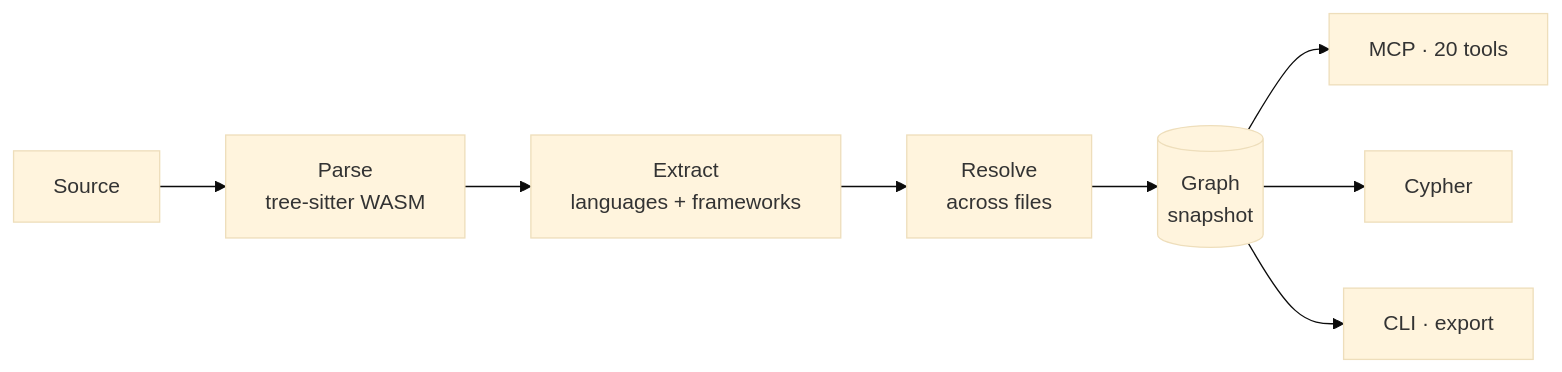
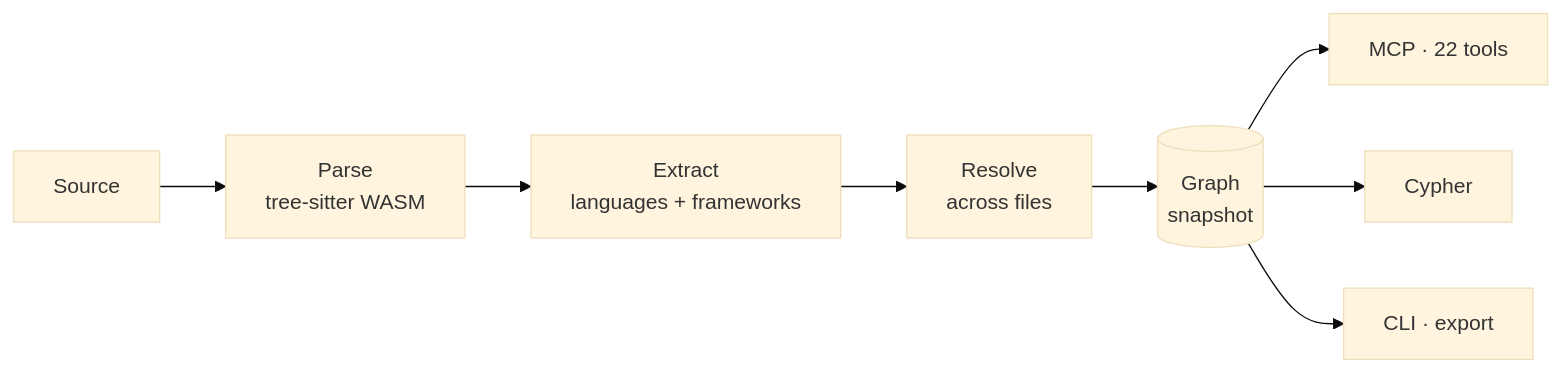
The diagram in README.md (fatihserhatturan/concentrate), drawn with Mermaid (base theme) before and after one commit. The commit also changed other lines of this file and 19 other files, not shown here.

````diff
--- a/README.md
+++ b/README.md
@@ -40,10 +40,10 @@
 ```mermaid
 flowchart LR
   A[Source] --> B[Parse<br/>tree-sitter WASM]
   B --> C[Extract<br/>languages + frameworks]
   C --> D[Resolve<br/>across files]
   D --> E[(Graph<br/>snapshot)]
-  E --> F[MCP · 20 tools]
+  E --> F[MCP · 22 tools]
   E --> G[Cypher]
   E --> H[CLI · export]
 ```
````
